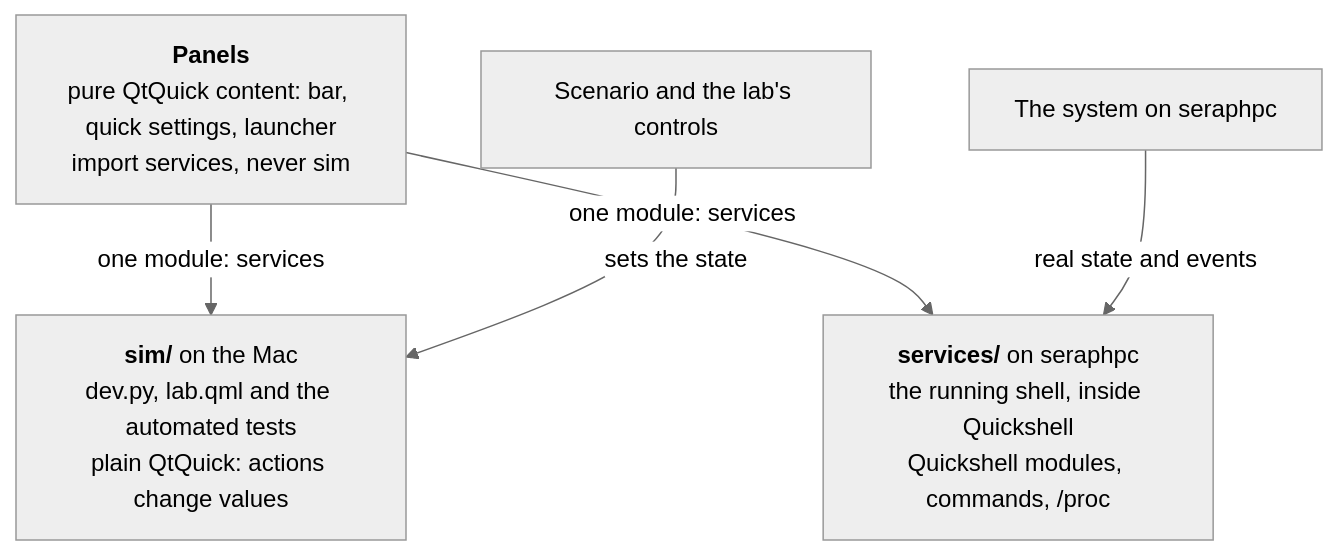
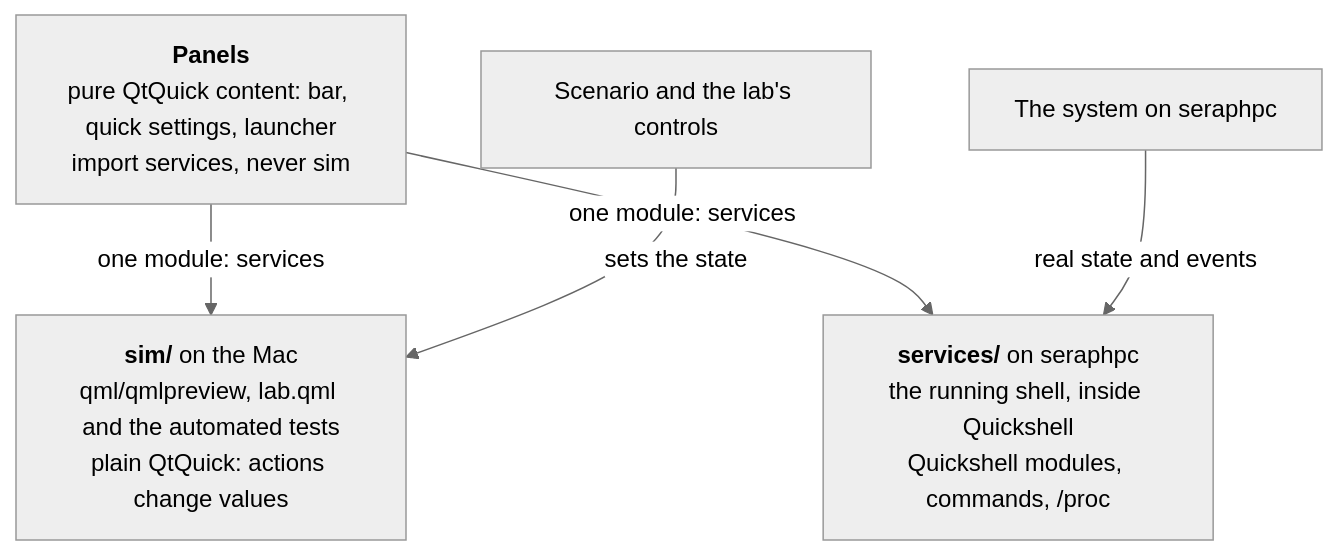
Before and after one commit to extinctCoder/qml-lab: the second of 3 diagrams in SHELL.md, drawn with Mermaid (neutral theme). The commit also changed other lines of this file and 5 other files, not shown here.

````diff
--- a/SHELL.md
+++ b/SHELL.md
@@ -110,12 +110,12 @@
 ```mermaid
 flowchart TB
     panels["<b>Panels</b><br/>pure QtQuick content: bar, quick settings, launcher<br/>import services, never sim"]
-    sim["<b>sim/</b> on the Mac<br/>dev.py, lab.qml and the automated tests<br/>plain QtQuick: actions change values"]
+    sim["<b>sim/</b> on the Mac<br/>qml/qmlpreview, lab.qml and the automated tests<br/>plain QtQuick: actions change values"]
     real["<b>services/</b> on seraphpc<br/>the running shell, inside Quickshell<br/>Quickshell modules, commands, /proc"]
     scenario["Scenario and the lab's controls"]
     system["The system on seraphpc"]
     panels -- "one module: services" --> sim
     panels -- "one module: services" --> real
     scenario -- "sets the state" --> sim
     system -- "real state and events" --> real
 ```
````
